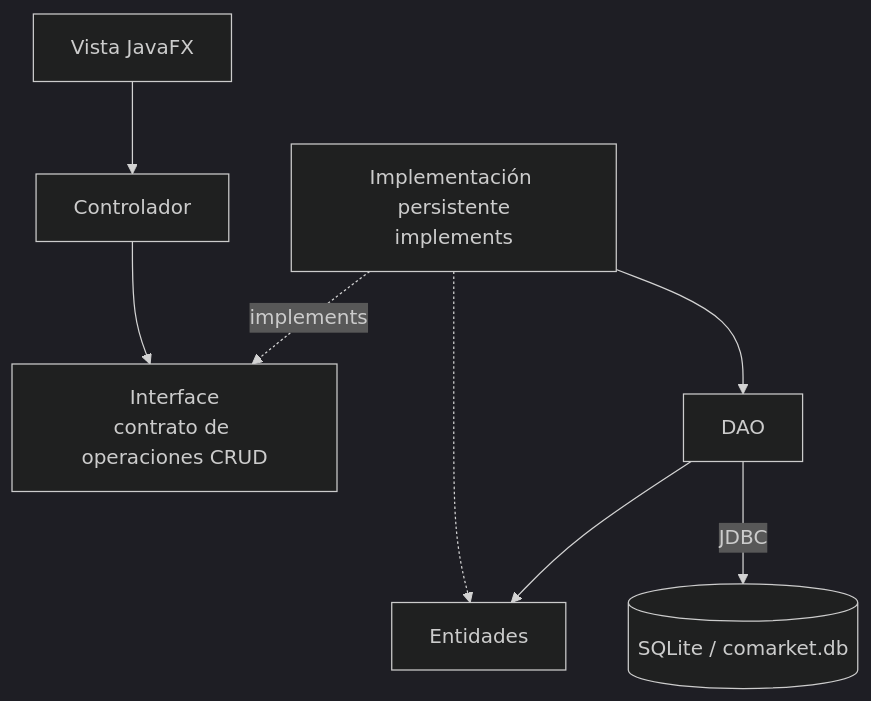
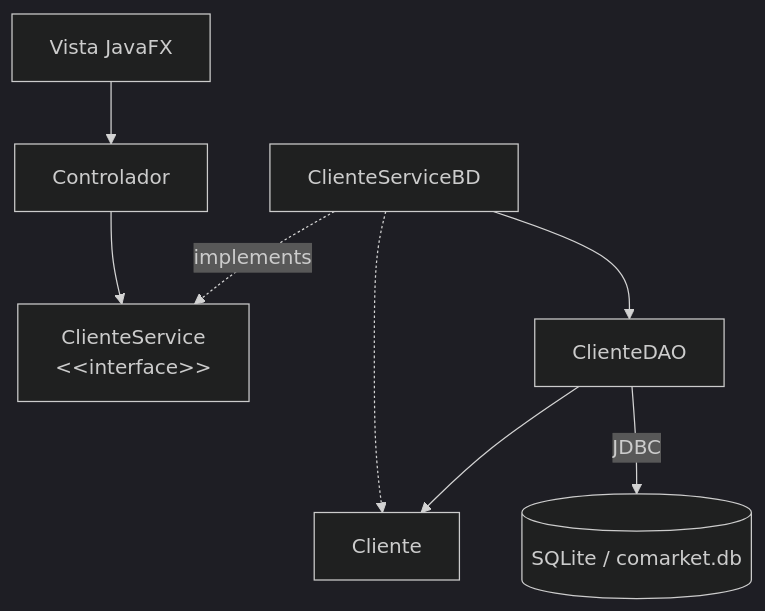
Before and after one commit to 262poo/comarket: the diagram in docs/S10_DAO_CRUD_GUI.md, drawn with Mermaid (dark theme). The commit also changed other lines of this file and 9 other files, not shown here.

````diff
--- a/docs/S10_DAO_CRUD_GUI.md
+++ b/docs/S10_DAO_CRUD_GUI.md
@@ -51,18 +51,18 @@
 ```mermaid
 flowchart TB
     Vista["Vista JavaFX"]
     Controlador["Controlador"]
-    Contrato["Interface<br/>contrato de operaciones CRUD"]
-    Servicio["Implementación persistente<br/>implements"]
-    Entidades["Entidades"]
-    DAO["DAO"]
+    Contrato["ClienteService<br/>&lt;&lt;interface&gt;&gt;"]
+    Servicio["ClienteServiceBD"]
+    Entidades["Cliente"]
+    DAO["ClienteDAO"]
     SQLite[("SQLite / comarket.db")]
 
     Vista --> Controlador
     Controlador --> Contrato
     Servicio -. implements .-> Contrato
     Servicio -.-> Entidades
     Servicio --> DAO
     DAO --> Entidades
     DAO -->|"JDBC"| SQLite
 ```
````
